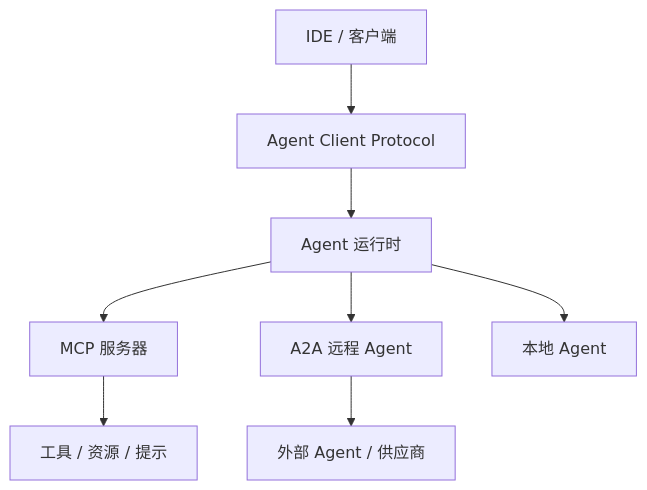
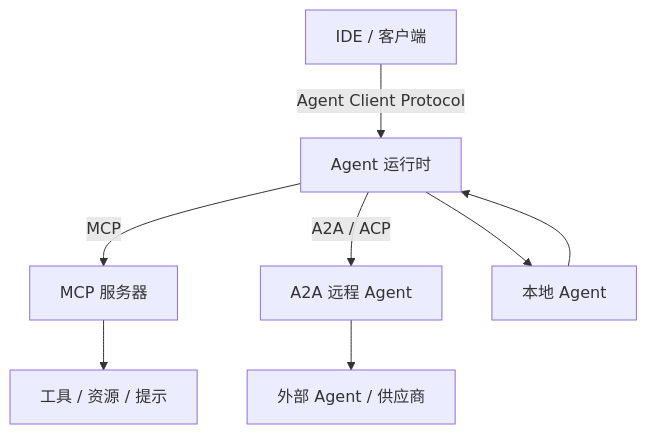
The diagram in content/wiki/patterns/protocol-mediated.md (riba2534/multi-agent-wiki-cn), drawn with Mermaid before and after one commit. The commit also changed other lines of this file and 41 other files, not shown here.

First line of the commit message:
docs: 全面质量改进 - 术语统一、Mermaid规范化、间距修复

````diff
--- a/content/wiki/patterns/protocol-mediated.md
+++ b/content/wiki/patterns/protocol-mediated.md
@@ -16,10 +21,10 @@
 ```mermaid
 flowchart TD
-  IDE[IDE / 客户端] --> ACP[Agent Client Protocol]
-  ACP --> Runtime[Agent 运行时]
-  Runtime --> MCP[MCP 服务器]
-  Runtime --> A2A[A2A 远程 Agent]
-  Runtime --> Local[本地 Agent]
-  MCP --> Tools[工具 / 资源 / 提示]
-  A2A --> Vendor[外部 Agent / 供应商]
+  IDE["IDE / 客户端"] -->|Agent Client Protocol| Runtime["Agent 运行时"]
+  Runtime -->|MCP| MCP["MCP 服务器"]
+  Runtime -->|A2A / ACP| A2A["A2A 远程 Agent"]
+  Runtime --> Local["本地 Agent"]
+  MCP --> Tools["工具 / 资源 / 提示"]
+  A2A --> Vendor["外部 Agent / 供应商"]
+  Local --> Runtime
 ```
````
